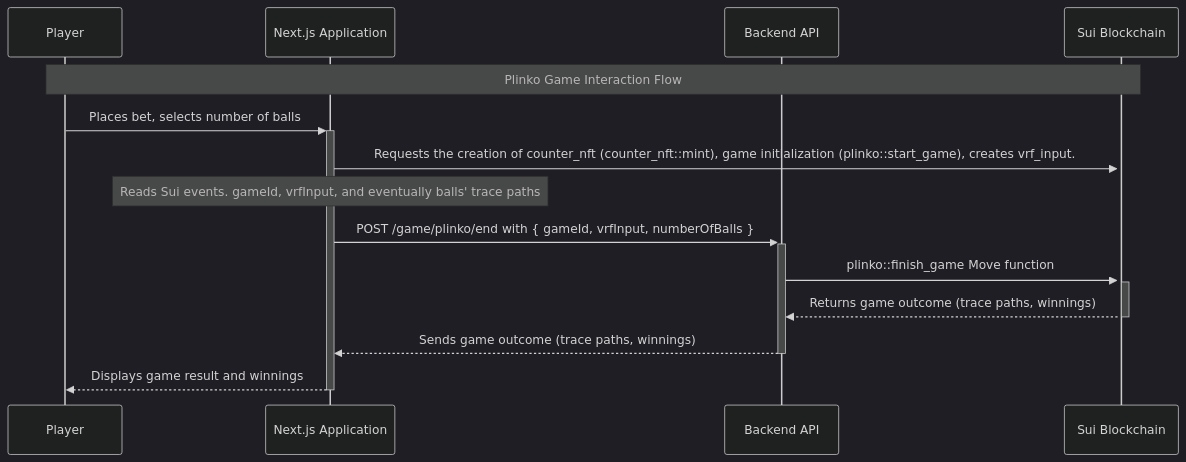
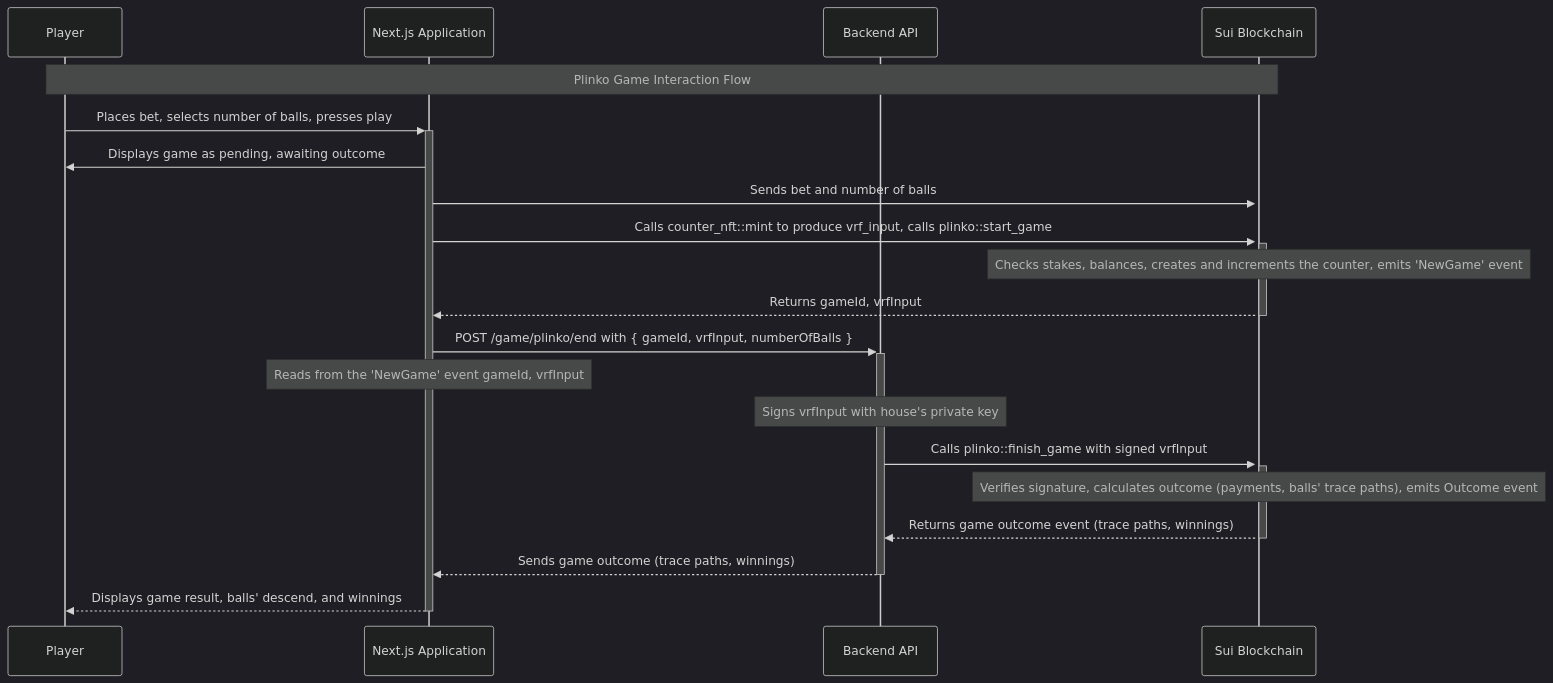
The diagram in README.md (MystenLabs/plinko-poc), drawn with Mermaid (dark theme) before and after one commit.

````diff
--- a/README.md
+++ b/README.md
@@ -97,18 +97,24 @@
 ```mermaid
 sequenceDiagram
     participant Player as Player
     participant UI as Next.js Application
     participant API as Backend API
     participant Blockchain as Sui Blockchain
 
     Note over Player, Blockchain: Plinko Game Interaction Flow
 
-    Player->>+UI: Places bet, selects number of balls
-    UI->>+Blockchain:  Requests the creation of counter_nft (counter_nft::mint), game initialization (plinko::start_game), creates vrf_input.
-    Note over UI: Reads Sui events. gameId, vrfInput, and eventually balls' trace paths
+    Player->>+UI: Places bet, selects number of balls, presses play
+    UI->>Player: Displays game as pending, awaiting outcome
+    UI->>+Blockchain: Sends bet and number of balls
+    UI->>+Blockchain: Calls counter_nft::mint to produce vrf_input, calls plinko::start_game
+    Note over Blockchain: Checks stakes, balances, creates and increments the counter, emits 'NewGame' event
+    Blockchain-->>-UI: Returns gameId, vrfInput
     UI->>+API: POST /game/plinko/end with { gameId, vrfInput, numberOfBalls }
-    API->>+Blockchain: plinko::finish_game Move function
-    Blockchain-->>-API: Returns game outcome (trace paths, winnings)
+    Note over UI: Reads from the 'NewGame' event gameId, vrfInput
+    Note over API: Signs vrfInput with house's private key
+    API->>+Blockchain: Calls plinko::finish_game with signed vrfInput
+    Note over Blockchain: Verifies signature, calculates outcome (payments, balls' trace paths), emits Outcome event
+    Blockchain-->>-API: Returns game outcome event (trace paths, winnings)
     API-->>-UI: Sends game outcome (trace paths, winnings)
-    UI-->>-Player: Displays game result and winnings
+    UI-->>-Player: Displays game result, balls' descend, and winnings
 ```
````
